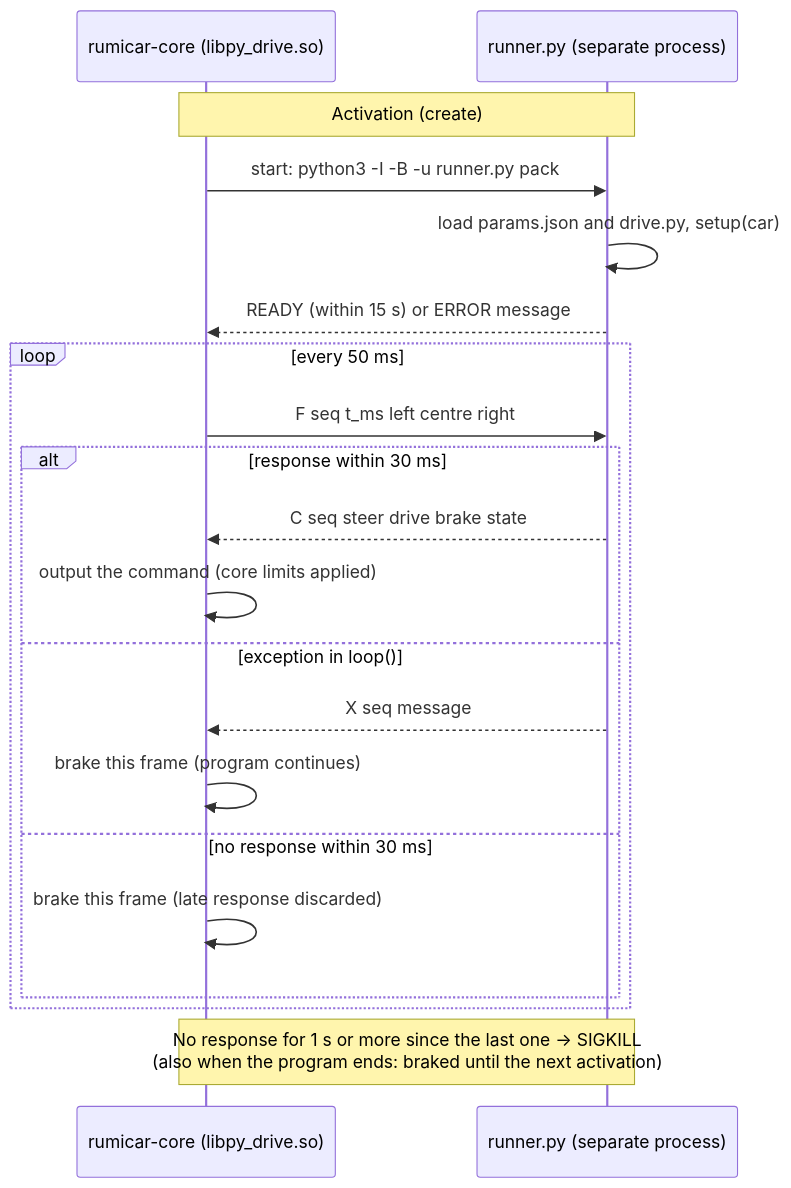
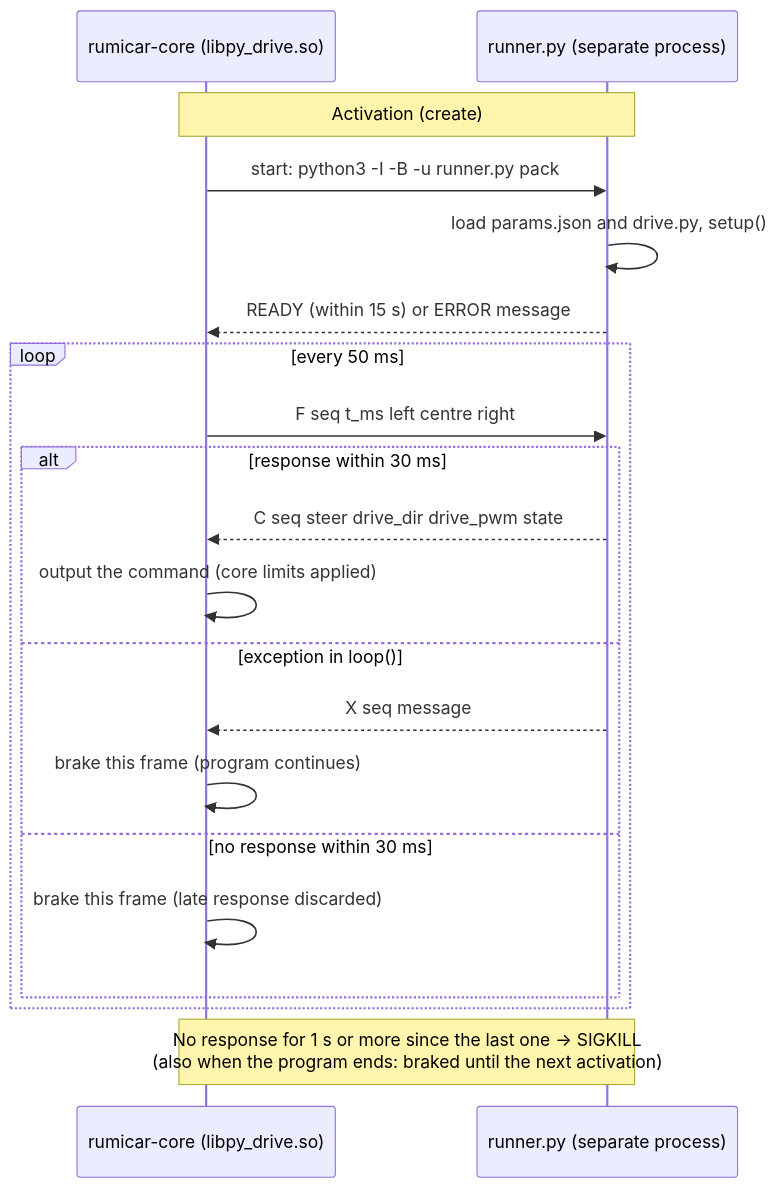
The diagram in docs/figures/en/09-py-drive.mmd (RumiCar-group/RumiCar-Zero2Cam), drawn with Mermaid before and after one commit. The commit also changed 8 other files, not shown here.

```diff
--- a/docs/figures/en/09-py-drive.mmd
+++ b/docs/figures/en/09-py-drive.mmd
@@ -1,20 +1,20 @@
 sequenceDiagram
     participant C as rumicar-core (libpy_drive.so)
     participant R as runner.py (separate process)
     Note over C,R: Activation (create)
     C->>R: start: python3 -I -B -u runner.py pack
-    R->>R: load params.json and drive.py, setup(car)
+    R->>R: load params.json and drive.py, setup()
     R-->>C: READY (within 15 s) or ERROR message
     loop every 50 ms
         C->>R: F seq t_ms left centre right
         alt response within 30 ms
-            R-->>C: C seq steer drive brake state
+            R-->>C: C seq steer drive_dir drive_pwm state
             C->>C: output the command (core limits applied)
         else exception in loop()
             R-->>C: X seq message
             C->>C: brake this frame (program continues)
         else no response within 30 ms
             C->>C: brake this frame (late response discarded)
         end
     end
     Note over C,R: No response for 1 s or more since the last one → SIGKILL<br/>(also when the program ends: braked until the next activation)
```
